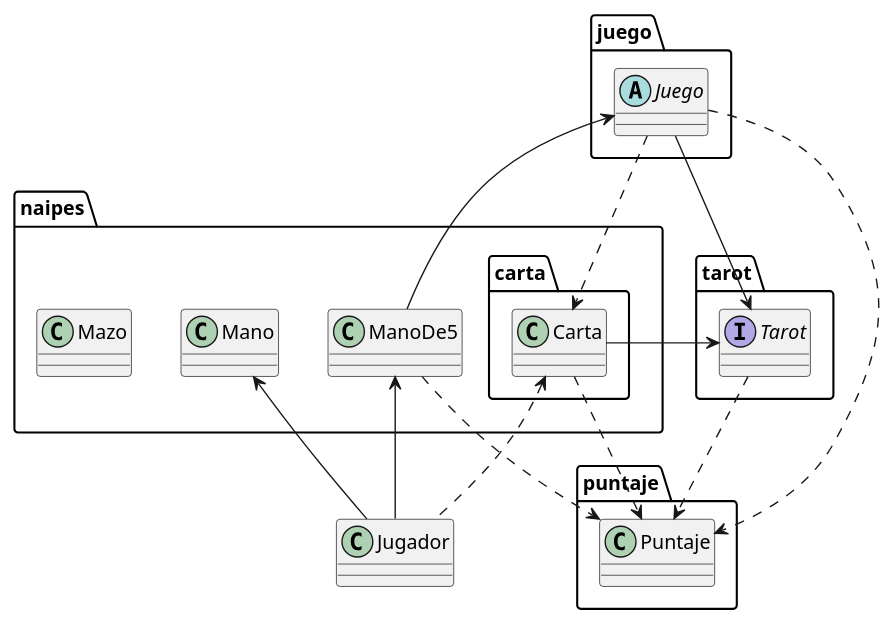
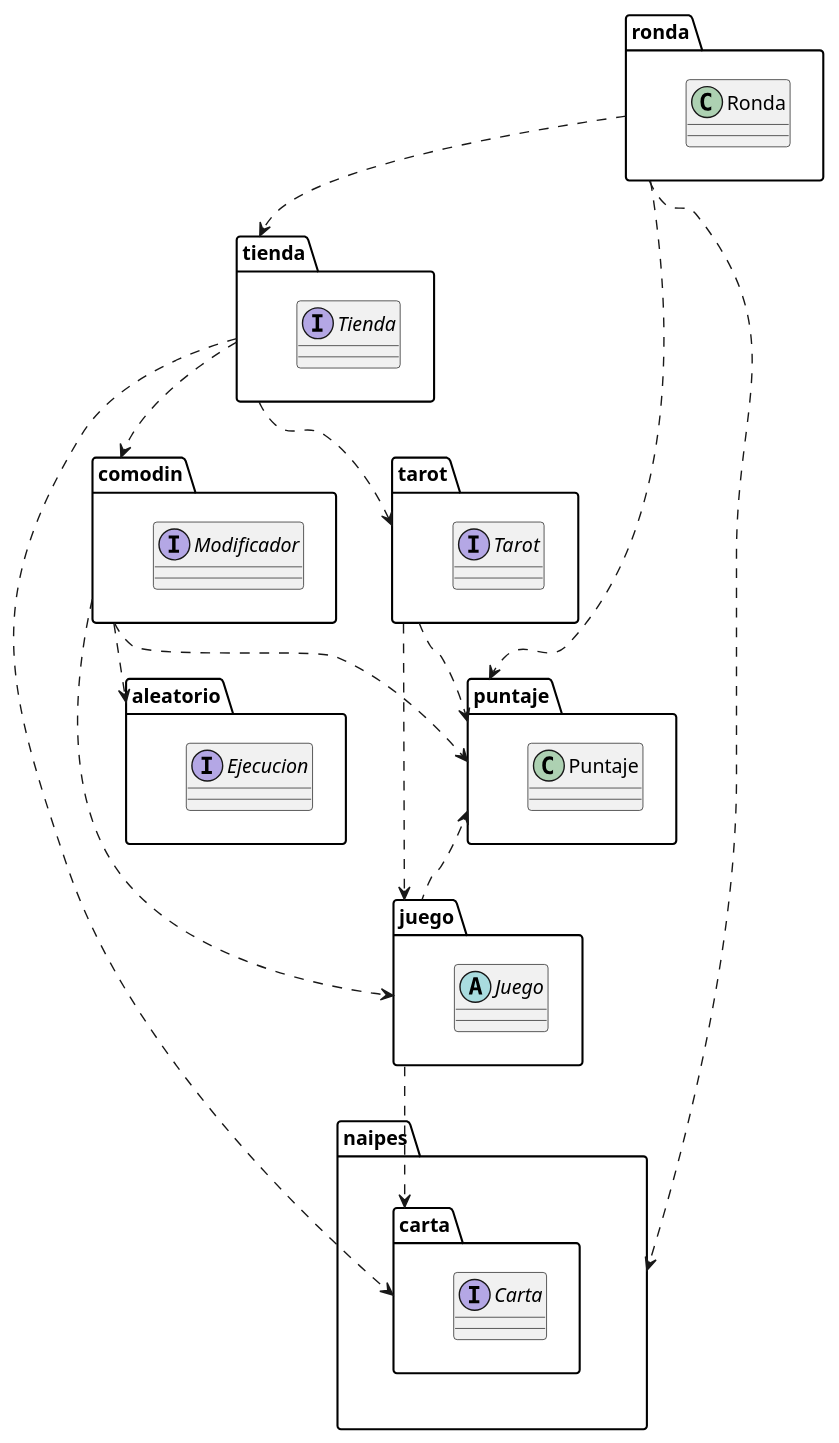
One commit to facukresta/g06-tp2-2c-2024 changed the diagram in diagrams/packages/paquete_modelo_dependencias.plantuml. Above: the diagram before and after it, drawn with PlantUML. The commit also changed 47 other files, not shown here.

```diff
--- a/diagrams/packages/paquete_modelo_dependencias.plantuml
+++ b/diagrams/packages/paquete_modelo_dependencias.plantuml
@@ -1,37 +1,60 @@
 @startuml
 
 
+package aleatorio {
+    interface Ejecucion
+}
+
+package comodin {
+    interface Modificador
+}
+
+
 package juego {
-        abstract class Juego
+    abstract class Juego
+}
+
+
+package naipes {
+    package carta {
+        interface Carta
+    }
 }
 
 package puntaje {
-        class Puntaje
+    class Puntaje
+}
+
+package ronda {
+    class Ronda
 }
 
 package tarot {
-        interface Tarot
+    interface Tarot
 }
 
-package naipes {
-        package carta {
-            class Carta
-        }
-        class Mano
-        class ManoDe5
-        class Mazo
+package tienda {
+    interface Tienda
 }
 
-Tarot ..> Puntaje
-ManoDe5 --> Juego
-ManoDe5 ..> Puntaje
-Juego --> Tarot
-Juego ..> Puntaje
-Juego ..> Carta
-Carta ..> Puntaje
-Carta -right-> Tarot
-Jugador -up-> Mano
-Jugador -up-> ManoDe5
-Jugador .up.> Carta
+ronda ..> puntaje
+ronda ..> naipes
+ronda ..> tienda
+
+tarot ..> puntaje
+tarot ..> juego
+
+comodin ..> aleatorio
+comodin ..> juego
+comodin ..> puntaje
+
+juego .up.> puntaje
+juego ..> carta
+
+tienda ..> comodin
+tienda ..> tarot
+tienda ..> carta
+
+
 
 @enduml
```
